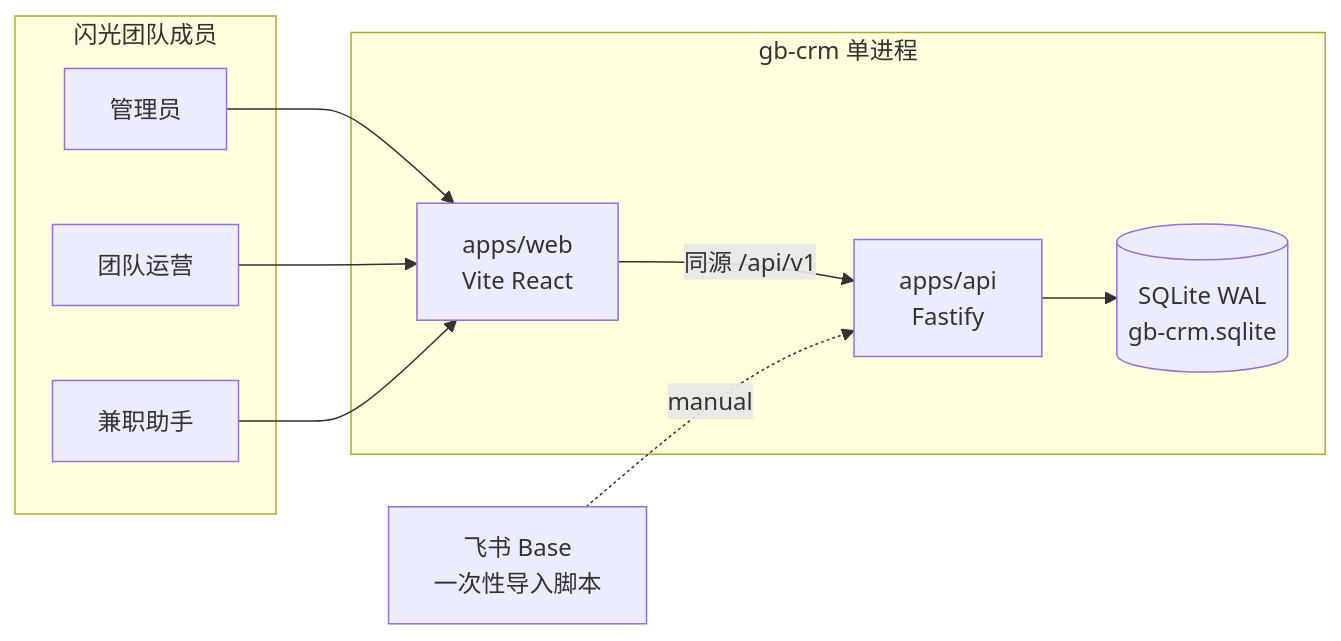
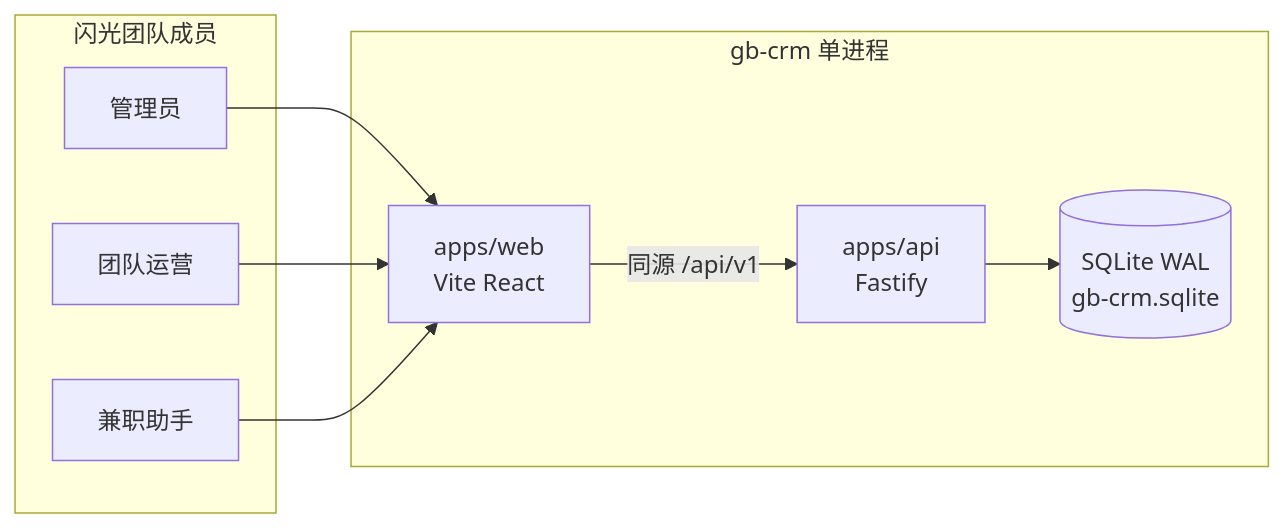
One commit to TheSecondCurve/gb-crm changed the first of 7 diagrams in docs/design.md. Above: the diagram before and after it, drawn with Mermaid. The commit also changed other lines of this file and 30 other files, not shown here.

````diff
--- a/docs/design.md
+++ b/docs/design.md
@@ -150,21 +150,20 @@
 ```mermaid
 flowchart LR
   subgraph operators [闪光团队成员]
     Admin[管理员]
     Ops[团队运营]
     Asst[兼职助手]
   end
 
   subgraph gbCrm [gb-crm 单进程]
     Web["apps/web\nVite React"]
     Api["apps/api\nFastify"]
     Sqlite[("SQLite WAL\ngb-crm.sqlite")]
     Web -->|同源 /api/v1| Api
     Api --> Sqlite
   end
 
-  Feishu["飞书 Base\n一次性导入脚本"] -.->|manual| Api
   Admin --> Web
   Ops --> Web
   Asst --> Web
 ```
````
